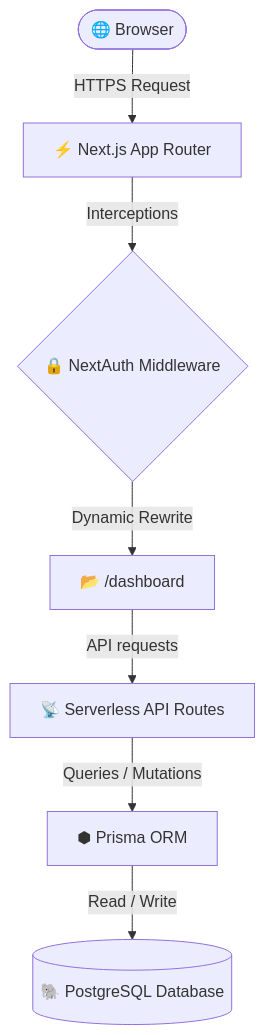
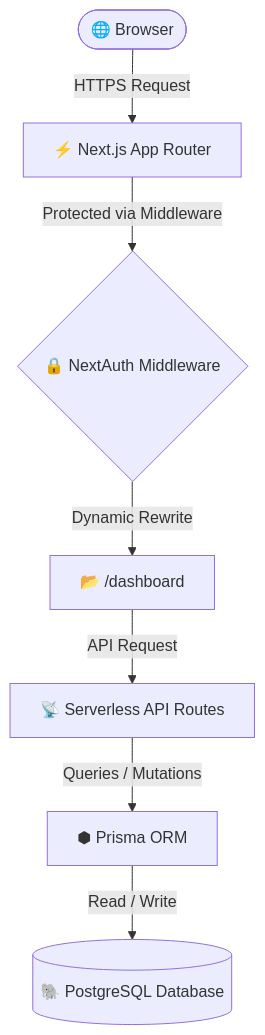
Before and after one commit to gauravbuildz/smart-campus-service-hub: the second of 4 diagrams in README.md, drawn with Mermaid. The commit also changed other lines of this file, not shown here.

Commit message:
docs: upgrade README.md with banner, demo walkthrough, highlights, and workflow diagrams

````diff
--- a/README.md
+++ b/README.md
@@ -127,9 +175,9 @@
 ```mermaid
 graph TD
     Browser([🌐 Browser]) -->|HTTPS Request| NextJS[⚡ Next.js App Router]
-    NextJS -->|Interceptions| AuthGuard{🔒 NextAuth Middleware}
+    NextJS -->|Protected via Middleware| AuthGuard{🔒 NextAuth Middleware}
     AuthGuard -->|Dynamic Rewrite| AuthRoutes[📂 /dashboard]
-    AuthRoutes -->|API requests| APILayer[📡 Serverless API Routes]
+    AuthRoutes -->|API Request| APILayer[📡 Serverless API Routes]
     APILayer -->|Queries / Mutations| Prisma[⬢ Prisma ORM]
     Prisma -->|Read / Write| PG[(🐘 PostgreSQL Database)]
 ```
````
